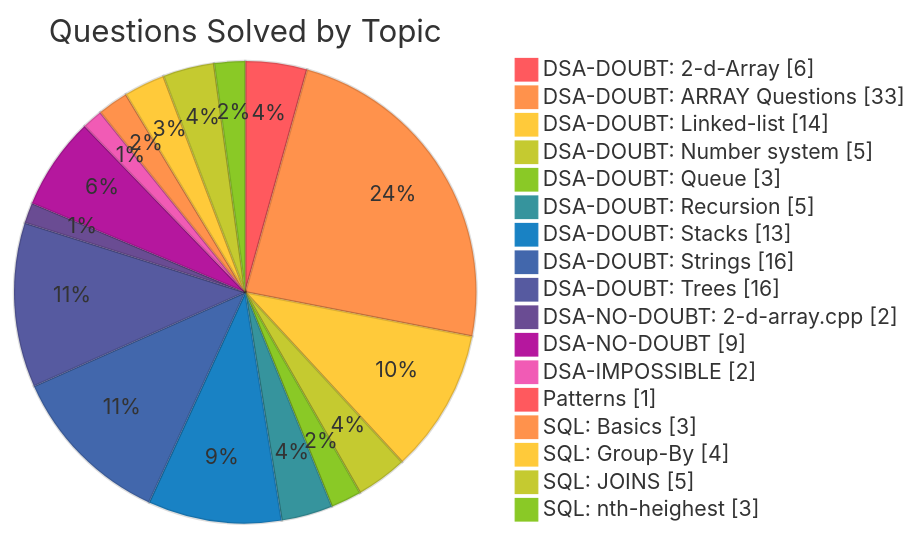
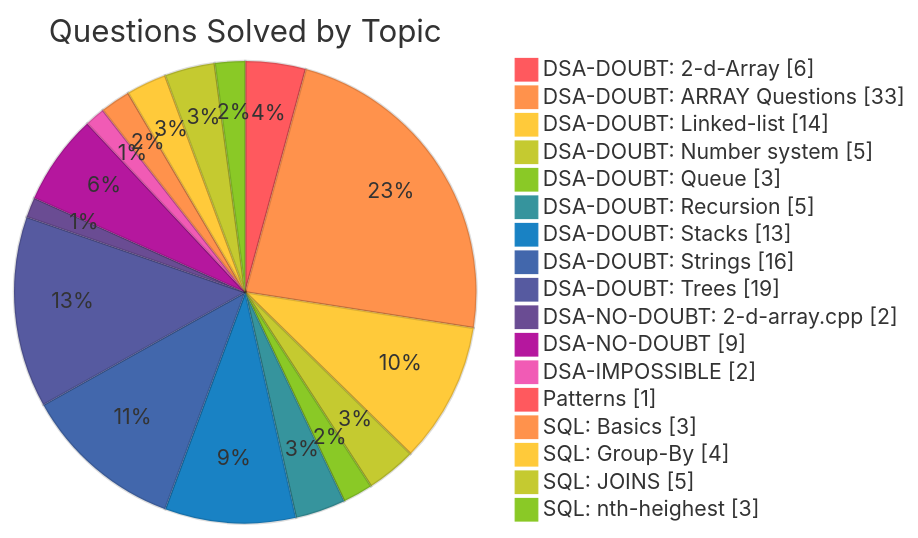
One commit to PixxySynchronous/LEETCODE changed the diagram in README.md. Above: the diagram before and after it, drawn with Mermaid. The commit also changed other lines of this file, not shown here.

````diff
--- a/README.md
+++ b/README.md
@@ -25,22 +25,22 @@
 ```mermaid
 %%{init: {'theme': 'base', 'themeVariables': {'pie1': '#ff595e', 'pie2': '#ff924c', 'pie3': '#ffca3a', 'pie4': '#c5ca30','pie5': '#8ac926', 'pie6': '#36949d', 'pie7': '#1982c4', 'pie8': '#4267ac','pie9': '#565aa0', 'pie10': '#6a4c93', 'pie11': '#b5179e', 'pie12': '#f15bb5','pieOpacity': '1', 'pieStrokeColor': '#00000022', 'pieOuterStrokeWidth': '0'}}}%%
 pie showData
     title Questions Solved by Topic
     "DSA-DOUBT: 2-d-Array" : 6
     "DSA-DOUBT: ARRAY Questions" : 33
     "DSA-DOUBT: Linked-list" : 14
     "DSA-DOUBT: Number system" : 5
     "DSA-DOUBT: Queue" : 3
     "DSA-DOUBT: Recursion" : 5
     "DSA-DOUBT: Stacks " : 13
     "DSA-DOUBT: Strings" : 16
-    "DSA-DOUBT: Trees" : 16
+    "DSA-DOUBT: Trees" : 19
     "DSA-NO-DOUBT: 2-d-array.cpp" : 2
     "DSA-NO-DOUBT" : 9
     "DSA-IMPOSSIBLE" : 2
     "Patterns" : 1
     "SQL: Basics" : 3
     "SQL: Group-By" : 4
     "SQL: JOINS" : 5
     "SQL: nth-heighest" : 3
 ```
````
